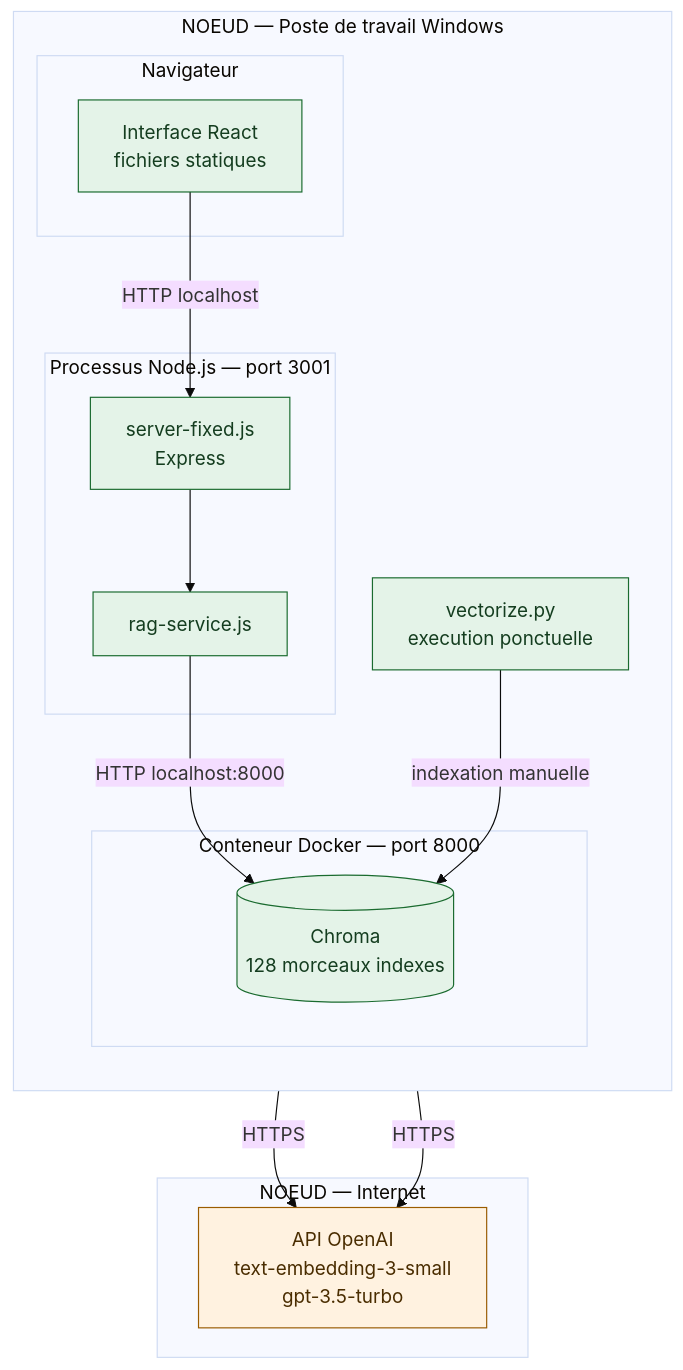
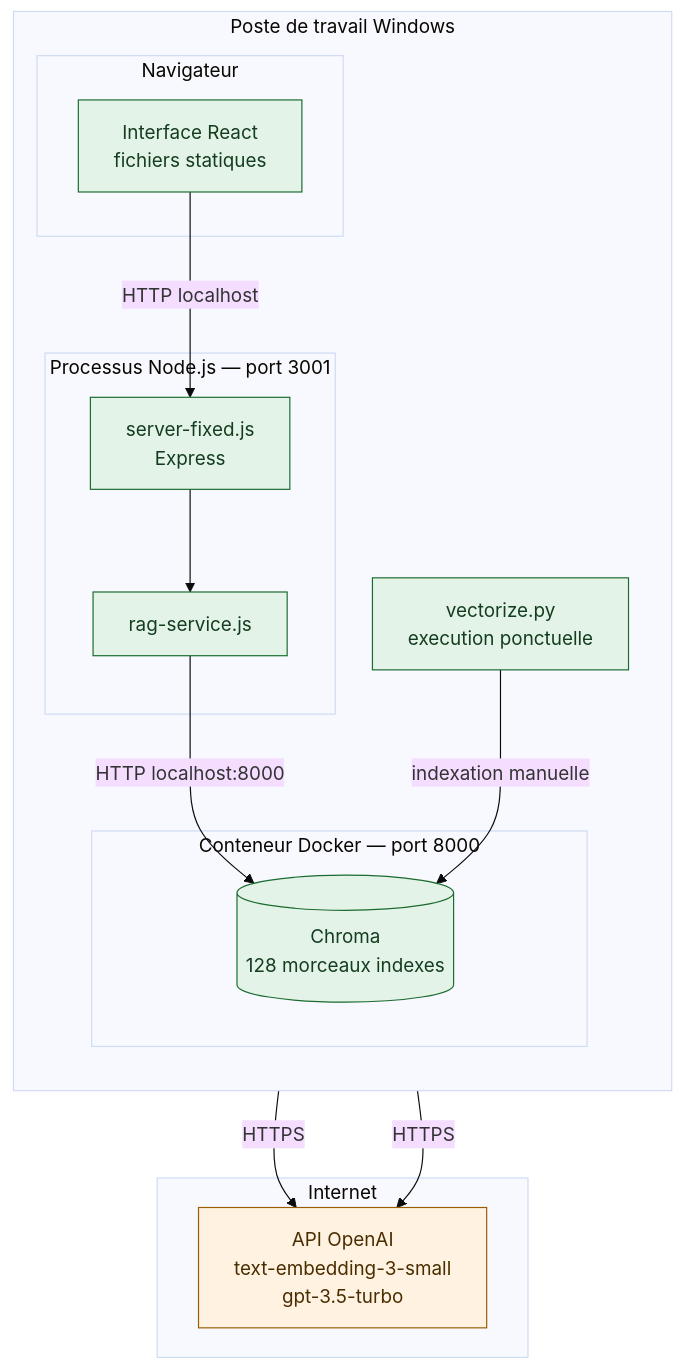
The first of 3 diagrams in 12bis-diagramme-deploiement.md (margotmc-web/Chatbot_PPV_BC07), drawn with Mermaid (base theme) before and after one commit. The commit also changed other lines of this file, not shown here.

````diff
--- a/12bis-diagramme-deploiement.md
+++ b/12bis-diagramme-deploiement.md
@@ -11,33 +11,33 @@
 ```mermaid
 flowchart TB
-    subgraph POSTE["NOEUD — Poste de travail Windows"]
+    subgraph POSTE["Poste de travail Windows"]
         direction TB
         subgraph NAV["Navigateur"]
             N1["Interface React<br/>fichiers statiques"]
         end
         subgraph NODE["Processus Node.js — port 3001"]
             N2["server-fixed.js<br/>Express"]
             N3["rag-service.js"]
         end
         subgraph DOCK["Conteneur Docker — port 8000"]
             N4[("Chroma<br/>128 morceaux indexes")]
         end
         N5["vectorize.py<br/>execution ponctuelle"]
     end
 
-    subgraph EXT["NOEUD — Internet"]
+    subgraph EXT["Internet"]
         E1["API OpenAI<br/>text-embedding-3-small<br/>gpt-3.5-turbo"]
     end
 
     N1 -->|HTTP localhost| N2
     N2 --> N3
     N3 -->|HTTP localhost:8000| N4
     N3 -->|HTTPS| E1
     N5 -->|indexation manuelle| N4
     N5 -->|HTTPS| E1
 
     classDef ok fill:#e4f3e8,stroke:#1a6b2f,color:#143d1f;
     classDef ext fill:#fff2e0,stroke:#9a5c00,color:#4a2d00;
     class N1,N2,N3,N4,N5 ok
     class E1 ext
 ```
````
